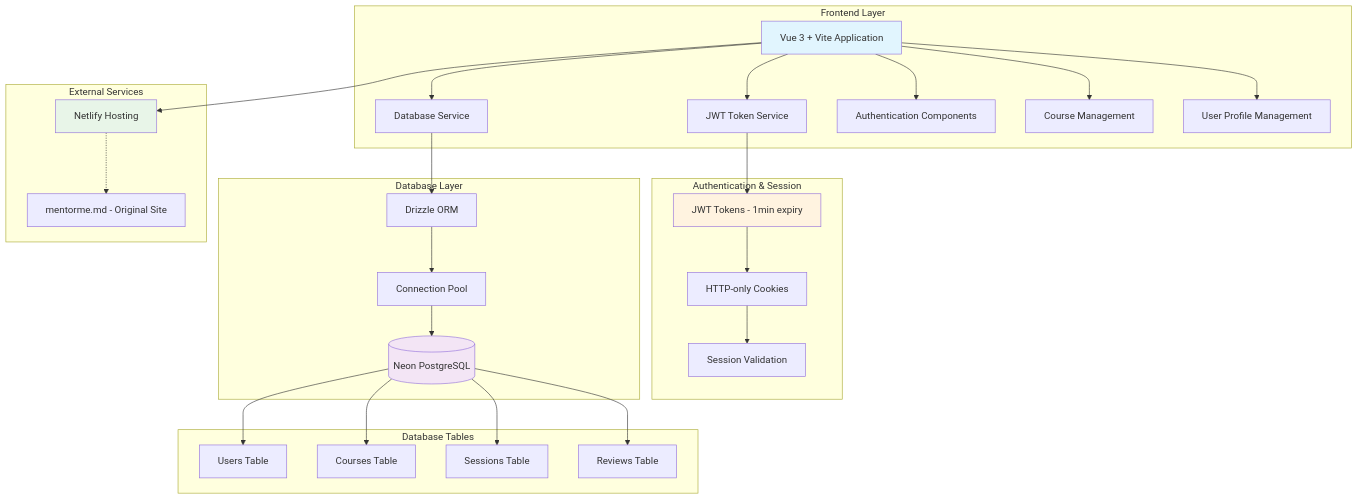
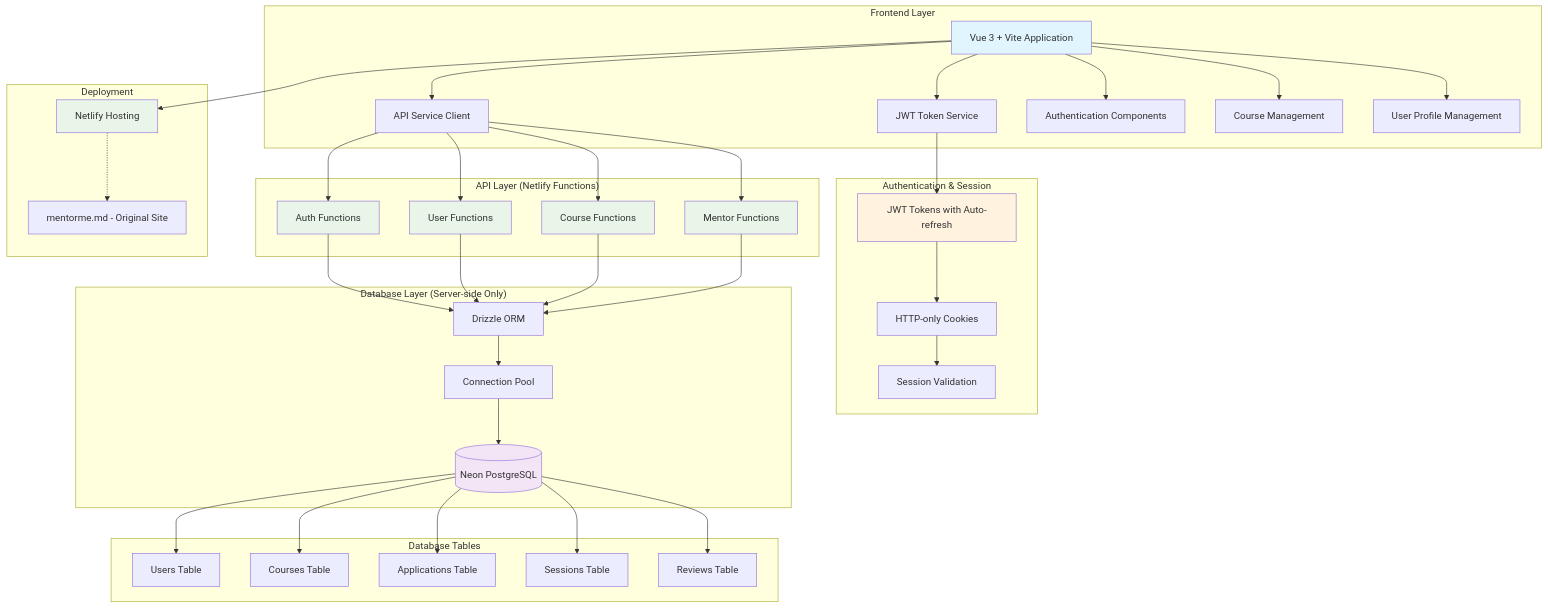
One commit to v613/mentornet changed the diagram in README.md. Above: the diagram before and after it, drawn with Mermaid. The commit also changed other lines of this file and 35 other files, not shown here.

Commit message:
migrate to netlify functions

````diff
--- a/README.md
+++ b/README.md
@@ -48,34 +50,42 @@
     subgraph "Frontend Layer"
         A[Vue 3 + Vite Application]
         B[JWT Token Service]
-        C[Database Service]
+        C[API Service Client]
         D[Authentication Components]
         E[Course Management]
         F[User Profile Management]
     end
     
-    subgraph "Authentication & Session"
-        G[JWT Tokens - 1min expiry]
-        H[HTTP-only Cookies]
-        I[Session Validation]
+    subgraph "API Layer (Netlify Functions)"
+        G[Auth Functions]
+        H[User Functions]
+        I[Course Functions]
+        J[Mentor Functions]
     end
     
-    subgraph "Database Layer"
-        J[(Neon PostgreSQL)]
-        K[Drizzle ORM]
-        L[Connection Pool]
+    subgraph "Authentication & Session"
+        K[JWT Tokens with Auto-refresh]
+        L[HTTP-only Cookies]
+        M[Session Validation]
+    end
+    
+    subgraph "Database Layer (Server-side Only)"
+        N[(Neon PostgreSQL)]
+        O[Drizzle ORM]
+        P[Connection Pool]
     end
     
     subgraph "Database Tables"
-        M[Users Table]
-        N[Courses Table]
-        O[Sessions Table]
-        P[Reviews Table]
+        Q[Users Table]
+        R[Courses Table]
+        S[Applications Table]
+        T[Sessions Table]
+        U[Reviews Table]
     end
     
-    subgraph "External Services"
-        Q[Netlify Hosting]
-        R[mentorme.md - Original Site]
+    subgraph "Deployment"
+        V[Netlify Hosting]
+        W[mentorme.md - Original Site]
     end
     
     A --> B
@@ -84,24 +94,38 @@
     A --> E
     A --> F
     
-    B --> G
-    G --> H
-    H --> I
+    C --> G
+    C --> H
+    C --> I
+    C --> J
     
-    C --> K
+    B --> K
     K --> L
-    L --> J
+    L --> M
     
-    J --> M
-    J --> N
+    G --> O
+    H --> O
+    I --> O
     J --> O
-    J --> P
     
-    A --> Q
-    Q -.-> R
+    O --> P
+    P --> N
+    
+    N --> Q
+    N --> R
+    N --> S
+    N --> T
+    N --> U
+    
+    A --> V
+    V -.-> W
     
     style A fill:#e1f5fe
-    style J fill:#f3e5f5
-    style G fill:#fff3e0
-    style Q fill:#e8f5e8
+    style N fill:#f3e5f5
+    style K fill:#fff3e0
+    style V fill:#e8f5e8
+    style G fill:#e8f5e8
+    style H fill:#e8f5e8
+    style I fill:#e8f5e8
+    style J fill:#e8f5e8
 ```
````
